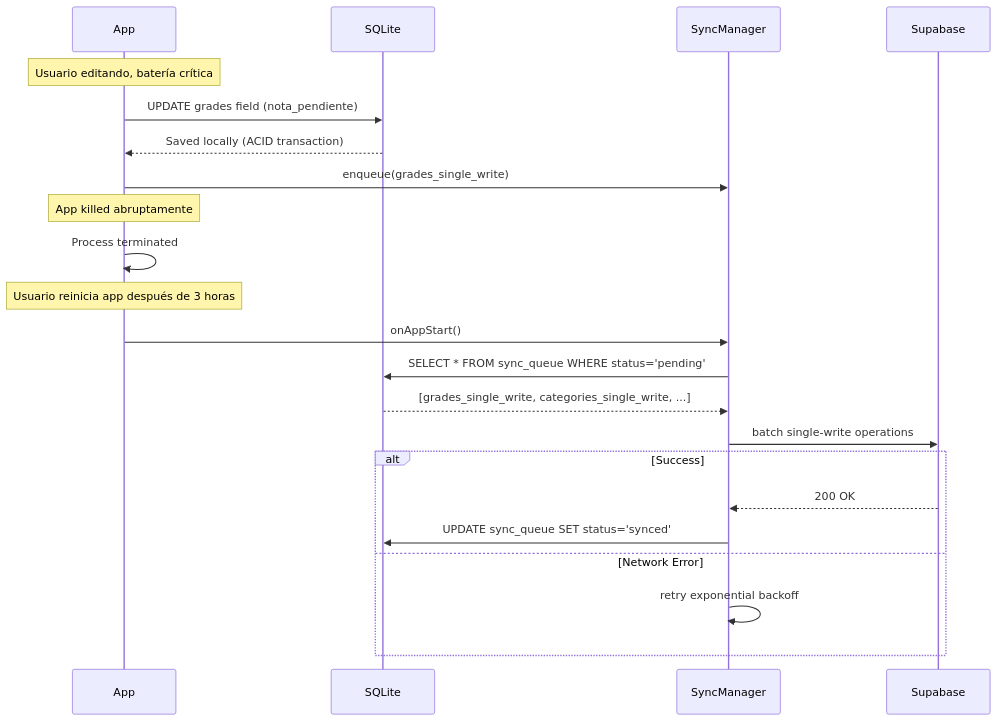
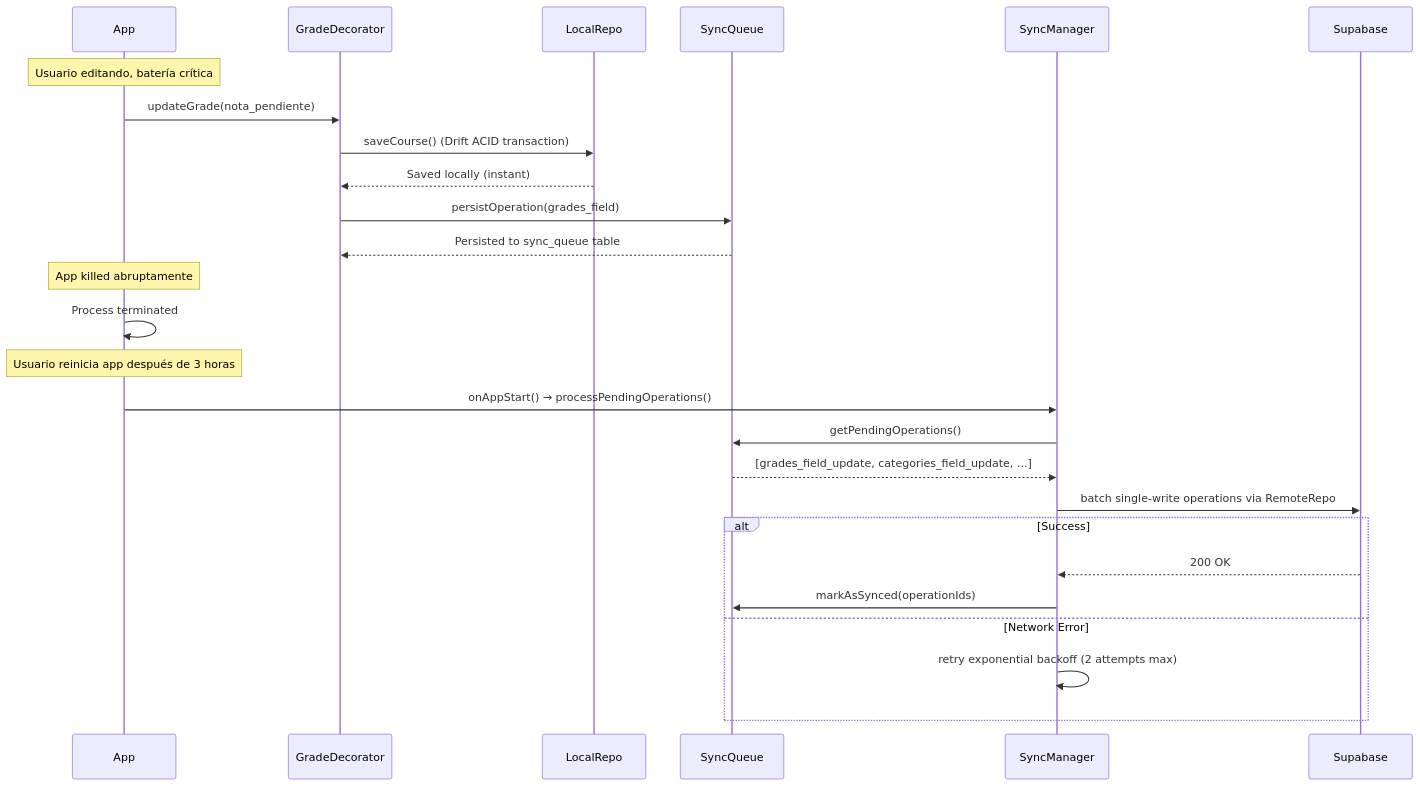
One commit to sigapp-unp/sigapp-mobile changed the third of 6 diagrams in docs/database-optimization-strategy.md. Above: the diagram before and after it, drawn with Mermaid. The commit also changed other lines of this file and 35 other files, not shown here.

First line of the commit message:
Refactor grade tracking cache service and sync manager; migrate to drift and sqlite3_flutter_libs

````diff
--- a/docs/database-optimization-strategy.md
+++ b/docs/database-optimization-strategy.md
@@ -154,30 +173,34 @@
 ```mermaid
 sequenceDiagram
     participant App
-    participant SQLite
+    participant GradeDecorator
+    participant LocalRepo
+    participant SyncQueue
     participant SyncManager
     participant Supabase
 
     Note over App: Usuario editando, batería crítica
 
-    App->>SQLite: UPDATE grades field (nota_pendiente)
-    SQLite-->>App: Saved locally (ACID transaction)
-    App->>SyncManager: enqueue(grades_single_write)
+    App->>GradeDecorator: updateGrade(nota_pendiente)
+    GradeDecorator->>LocalRepo: saveCourse() (Drift ACID transaction)
+    LocalRepo-->>GradeDecorator: Saved locally (instant)
+    GradeDecorator->>SyncQueue: persistOperation(grades_field)
+    SyncQueue-->>GradeDecorator: Persisted to sync_queue table
 
     Note over App: App killed abruptamente
     App->>App: Process terminated
 
     Note over App: Usuario reinicia app después de 3 horas
 
-    App->>SyncManager: onAppStart()
-    SyncManager->>SQLite: SELECT * FROM sync_queue WHERE status='pending'
-    SQLite-->>SyncManager: [grades_single_write, categories_single_write, ...]
+    App->>SyncManager: onAppStart() → processPendingOperations()
+    SyncManager->>SyncQueue: getPendingOperations()
+    SyncQueue-->>SyncManager: [grades_field_update, categories_field_update, ...]
 
-    SyncManager->>Supabase: batch single-write operations
+    SyncManager->>Supabase: batch single-write operations via RemoteRepo
     alt Success
         Supabase-->>SyncManager: 200 OK
-        SyncManager->>SQLite: UPDATE sync_queue SET status='synced'
+        SyncManager->>SyncQueue: markAsSynced(operationIds)
     else Network Error
-        SyncManager->>SyncManager: retry exponential backoff
+        SyncManager->>SyncManager: retry exponential backoff (2 attempts max)
     end
 ```
````
